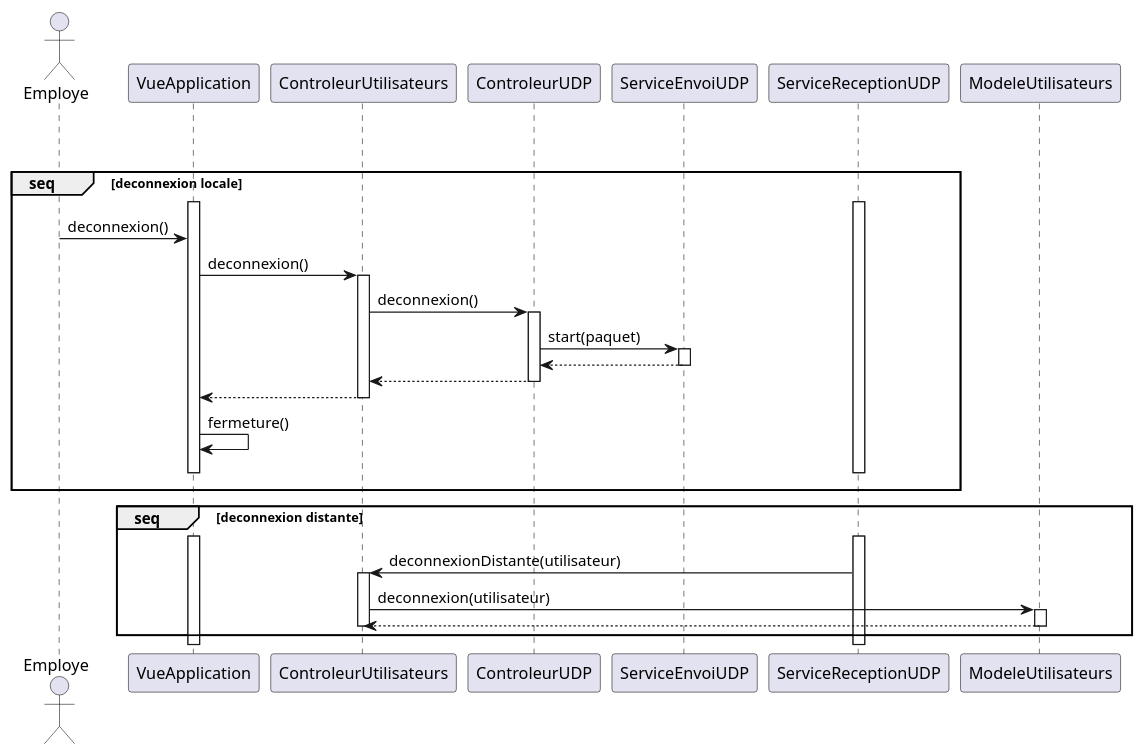
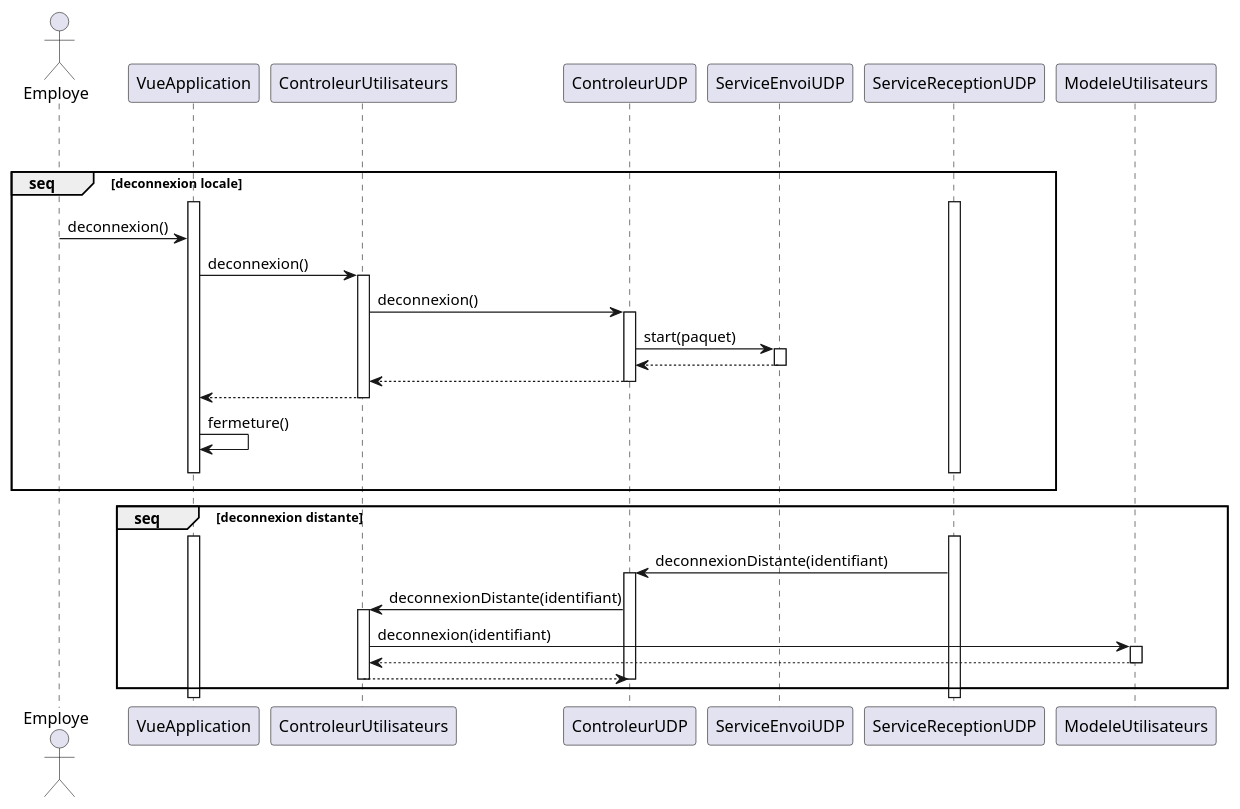
Before and after one commit to arc-hugo/clavardage_uml: the diagram in sequence/deconnexion.wsd, drawn with PlantUML. The commit also changed 1 other file, not shown here.

Commit message:
correction déconnexion distante

```diff
--- a/sequence/deconnexion.wsd
+++ b/sequence/deconnexion.wsd
@@ -1,40 +1,44 @@
 @startuml Deconnexion
 actor Employe
 VueApplication [hidden]-> ControleurUtilisateurs
 VueApplication [hidden]-> ControleurUDP
 VueApplication [hidden]-> ServiceEnvoiUDP
 group seq [deconnexion locale]
     VueApplication [hidden]-> ServiceReceptionUDP
     activate VueApplication
     activate ServiceReceptionUDP
     Employe -> VueApplication : deconnexion()
     VueApplication -> ControleurUtilisateurs : deconnexion()
     activate ControleurUtilisateurs
     ControleurUtilisateurs -> ControleurUDP : deconnexion()
     activate ControleurUDP
     ControleurUDP -> ServiceEnvoiUDP : start(paquet)
     activate ServiceEnvoiUDP
     ServiceEnvoiUDP --> ControleurUDP
     deactivate ServiceEnvoiUDP
     ControleurUDP --> ControleurUtilisateurs
     deactivate ControleurUDP
     ControleurUtilisateurs --> VueApplication
     deactivate ControleurUtilisateurs
     VueApplication -> VueApplication : fermeture()
     VueApplication [hidden]-> VueApplication
     deactivate ServiceReceptionUDP
     deactivate VueApplication
 end
 group seq [deconnexion distante]
     VueApplication [hidden]-> ControleurUtilisateurs
     activate VueApplication
     activate ServiceReceptionUDP
-    ServiceReceptionUDP -> ControleurUtilisateurs : deconnexionDistante(utilisateur)
+    ServiceReceptionUDP -> ControleurUDP : deconnexionDistante(identifiant)
+    activate ControleurUDP
+    ControleurUDP -> ControleurUtilisateurs : deconnexionDistante(identifiant)
     activate ControleurUtilisateurs
-    ControleurUtilisateurs -> ModeleUtilisateurs : deconnexion(utilisateur)
+    ControleurUtilisateurs -> ModeleUtilisateurs : deconnexion(identifiant)
     activate ModeleUtilisateurs
     ModeleUtilisateurs --> ControleurUtilisateurs
     deactivate ModeleUtilisateurs
+    ControleurUtilisateurs --> ControleurUDP
     deactivate ControleurUtilisateurs
+    deactivate ControleurUDP
 end
 @enduml
```
